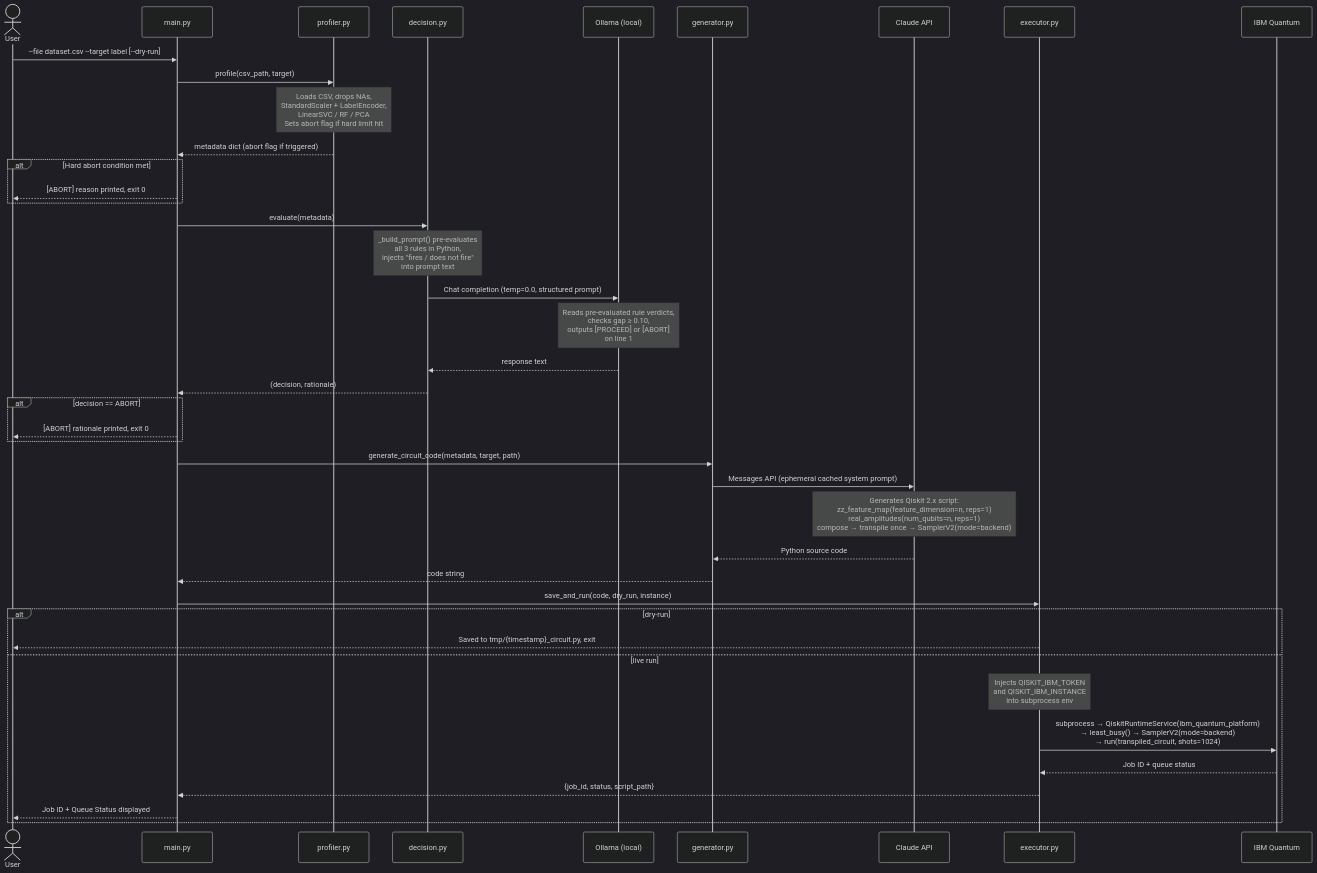
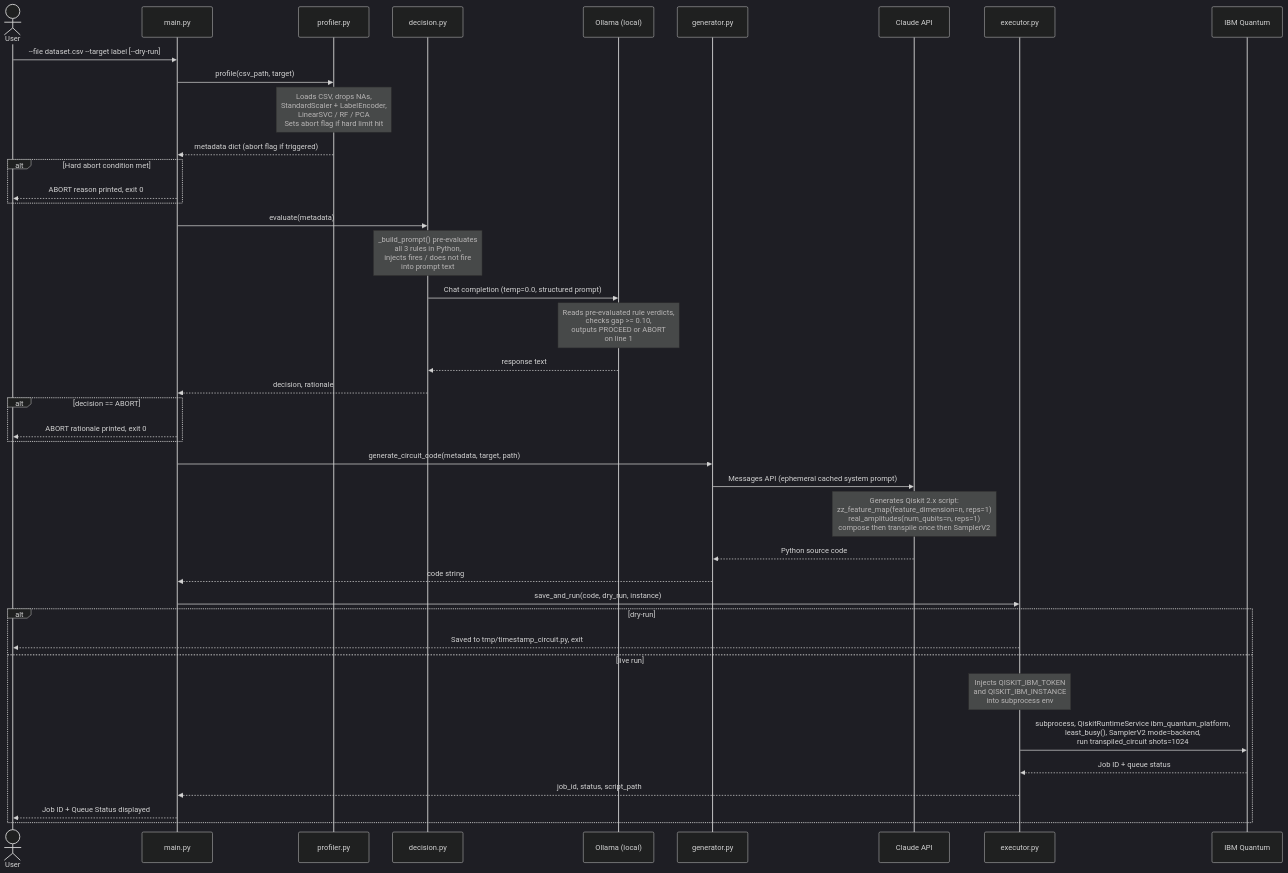
Before and after one commit to steveh250/IBMQuantum-Agent: the third of 4 diagrams in ARCHITECTURE.md, drawn with Mermaid (dark theme). The commit also changed other lines of this file, not shown here.

First line of the commit message:
fix: correct Mermaid syntax errors in ARCHITECTURE.md diagrams

````diff
--- a/ARCHITECTURE.md
+++ b/ARCHITECTURE.md
@@ -92,47 +92,47 @@
 ```mermaid
 sequenceDiagram
     actor User
     participant CLI as main.py
     participant Prof as profiler.py
     participant Dec as decision.py
     participant Ollama as Ollama (local)
     participant Gen as generator.py
     participant Claude as Claude API
     participant Exec as executor.py
     participant IBM as IBM Quantum
 
     User->>CLI: --file dataset.csv --target label [--dry-run]
     CLI->>Prof: profile(csv_path, target)
     Note over Prof: Loads CSV, drops NAs,<br/>StandardScaler + LabelEncoder,<br/>LinearSVC / RF / PCA<br/>Sets abort flag if hard limit hit
     Prof-->>CLI: metadata dict (abort flag if triggered)
     alt Hard abort condition met
-        CLI-->>User: [ABORT] reason printed, exit 0
+        CLI-->>User: ABORT reason printed, exit 0
     end
 
     CLI->>Dec: evaluate(metadata)
-    Note over Dec: _build_prompt() pre-evaluates<br/>all 3 rules in Python,<br/>injects "fires / does not fire"<br/>into prompt text
+    Note over Dec: _build_prompt() pre-evaluates<br/>all 3 rules in Python,<br/>injects fires / does not fire<br/>into prompt text
     Dec->>Ollama: Chat completion (temp=0.0, structured prompt)
-    Note over Ollama: Reads pre-evaluated rule verdicts,<br/>checks gap ≥ 0.10,<br/>outputs [PROCEED] or [ABORT]<br/>on line 1
+    Note over Ollama: Reads pre-evaluated rule verdicts,<br/>checks gap >= 0.10,<br/>outputs PROCEED or ABORT<br/>on line 1
     Ollama-->>Dec: response text
-    Dec-->>CLI: (decision, rationale)
+    Dec-->>CLI: decision, rationale
     alt decision == ABORT
-        CLI-->>User: [ABORT] rationale printed, exit 0
+        CLI-->>User: ABORT rationale printed, exit 0
     end
 
     CLI->>Gen: generate_circuit_code(metadata, target, path)
     Gen->>Claude: Messages API (ephemeral cached system prompt)
-    Note over Claude: Generates Qiskit 2.x script:<br/>zz_feature_map(feature_dimension=n, reps=1)<br/>real_amplitudes(num_qubits=n, reps=1)<br/>compose → transpile once → SamplerV2(mode=backend)
+    Note over Claude: Generates Qiskit 2.x script:<br/>zz_feature_map(feature_dimension=n, reps=1)<br/>real_amplitudes(num_qubits=n, reps=1)<br/>compose then transpile once then SamplerV2
     Claude-->>Gen: Python source code
     Gen-->>CLI: code string
 
     CLI->>Exec: save_and_run(code, dry_run, instance)
     alt dry-run
-        Exec-->>User: Saved to tmp/{timestamp}_circuit.py, exit
+        Exec-->>User: Saved to tmp/timestamp_circuit.py, exit
     else live run
         Note over Exec: Injects QISKIT_IBM_TOKEN<br/>and QISKIT_IBM_INSTANCE<br/>into subprocess env
-        Exec->>IBM: subprocess → QiskitRuntimeService(ibm_quantum_platform)<br/>→ least_busy() → SamplerV2(mode=backend)<br/>→ run(transpiled_circuit, shots=1024)
+        Exec->>IBM: subprocess, QiskitRuntimeService ibm_quantum_platform,<br/>least_busy(), SamplerV2 mode=backend,<br/>run transpiled_circuit shots=1024
         IBM-->>Exec: Job ID + queue status
-        Exec-->>CLI: {job_id, status, script_path}
+        Exec-->>CLI: job_id, status, script_path
         CLI-->>User: Job ID + Queue Status displayed
     end
 ```
````
